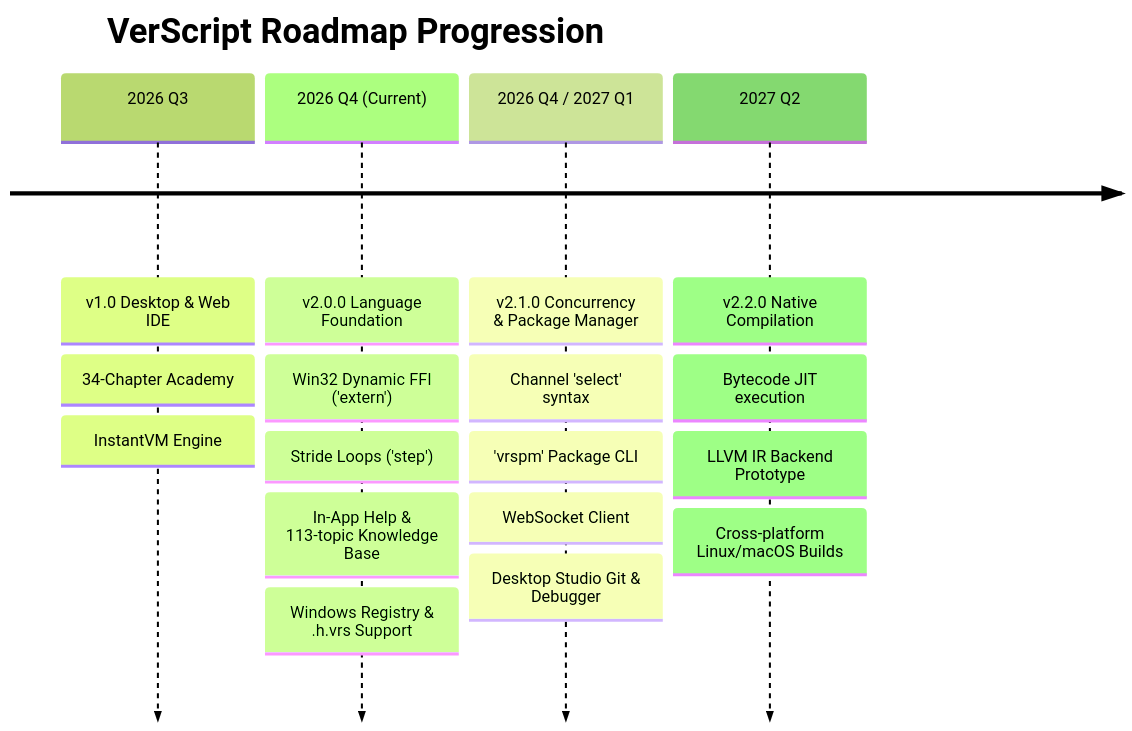
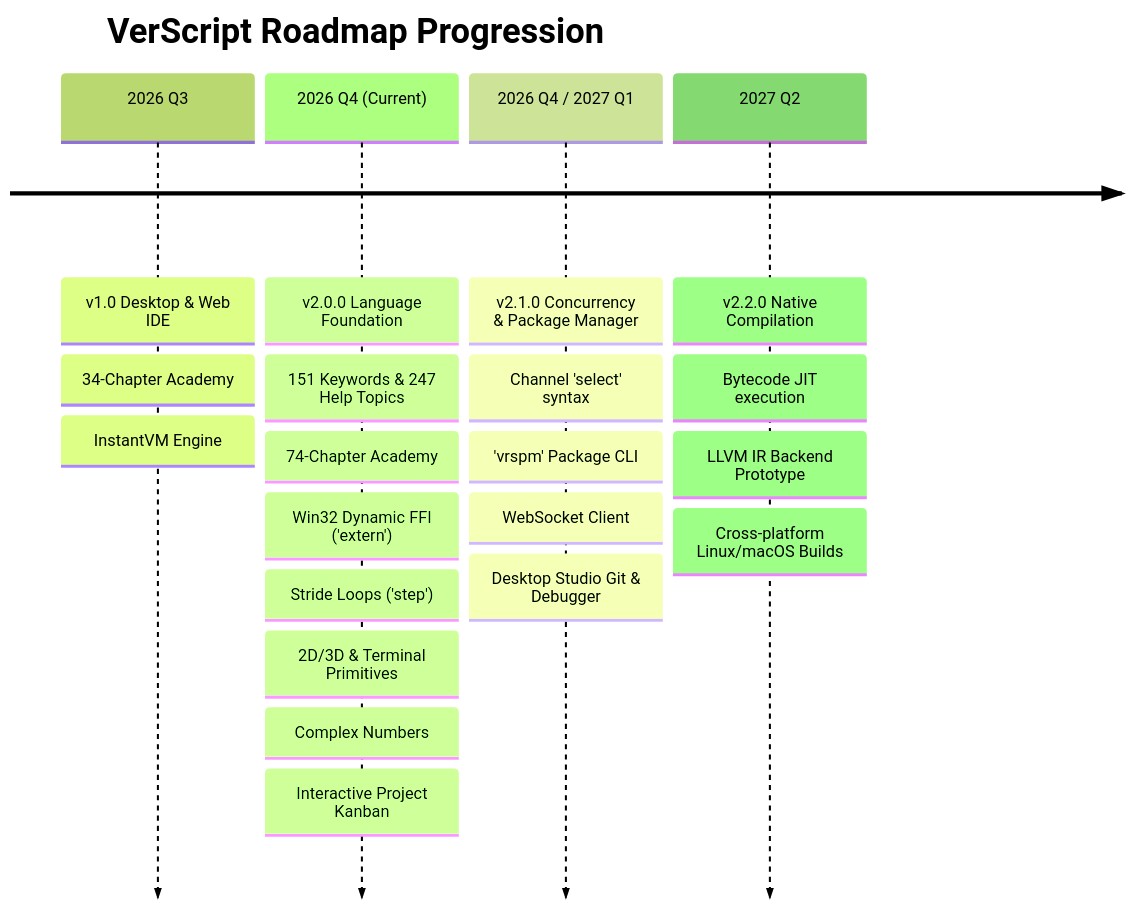
One commit to VerScript/.github changed the diagram in ROADMAP.md. Above: the diagram before and after it, drawn with Mermaid (forest theme). The commit also changed other lines of this file and 1 other file, not shown here.

Commit message:
docs(org): sync profile and roadmap with 74 chapters, 247 topics, and 151 keywords

````diff
--- a/ROADMAP.md
+++ b/ROADMAP.md
@@ -9,8 +9,8 @@
 ```mermaid
 timeline
     title VerScript Roadmap Progression
     2026 Q3 : v1.0 Desktop & Web IDE : 34-Chapter Academy : InstantVM Engine
-    2026 Q4 (Current) : v2.0.0 Language Foundation : Win32 Dynamic FFI ('extern') : Stride Loops ('step') : In-App Help & 113-topic Knowledge Base : Windows Registry & .h.vrs Support
+    2026 Q4 (Current) : v2.0.0 Language Foundation : 151 Keywords & 247 Help Topics : 74-Chapter Academy : Win32 Dynamic FFI ('extern') : Stride Loops ('step') : 2D/3D & Terminal Primitives : Complex Numbers : Interactive Project Kanban
     2026 Q4 / 2027 Q1 : v2.1.0 Concurrency & Package Manager : Channel 'select' syntax : 'vrspm' Package CLI : WebSocket Client : Desktop Studio Git & Debugger
     2027 Q2 : v2.2.0 Native Compilation : Bytecode JIT execution : LLVM IR Backend Prototype : Cross-platform Linux/macOS Builds
 ```
````
